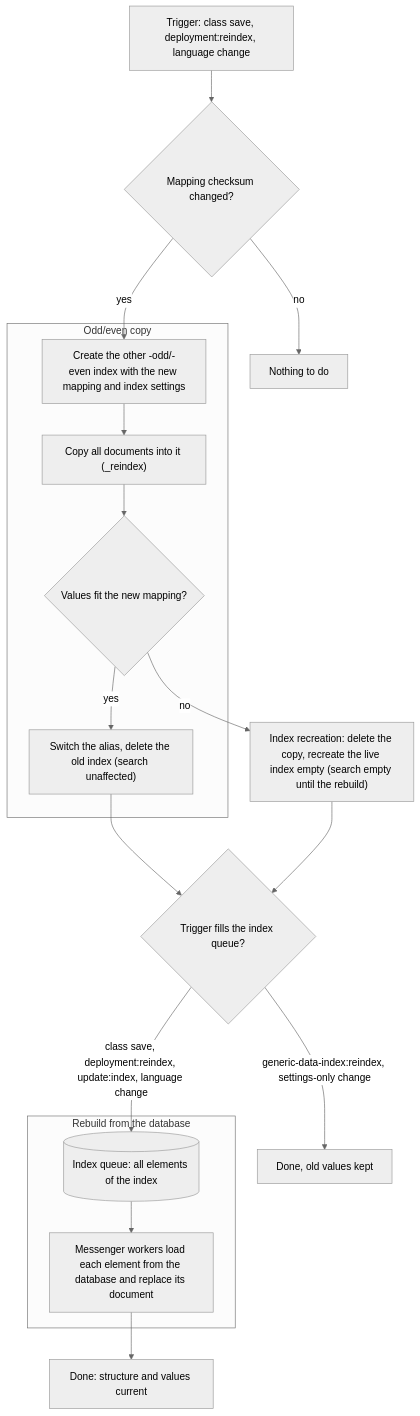
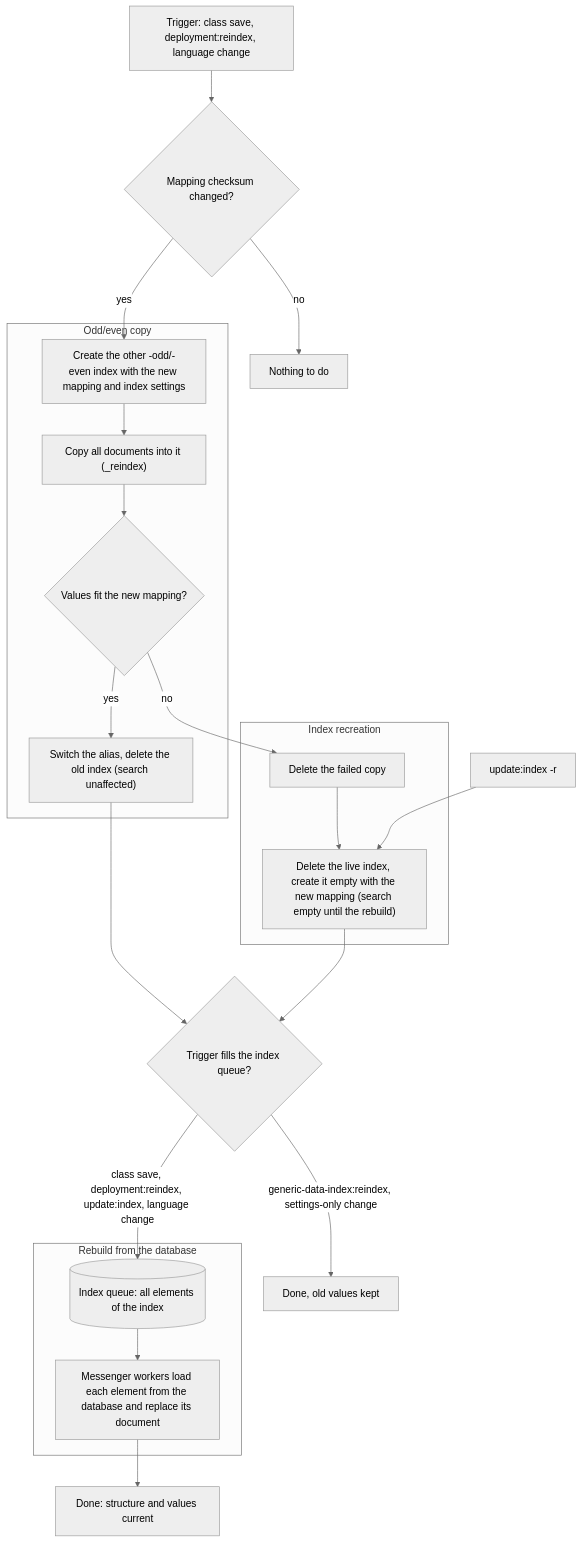
One commit to pimcore/generic-data-index-bundle changed the diagram in doc/03_Reindexing/README.md. Above: the diagram before and after it, drawn with Mermaid (neutral theme). The commit also changed other lines of this file, not shown here.

Commit message:
[Docs] Reindexing Guide: show index recreation steps and update:index -r in the flow chart

````diff
--- a/doc/03_Reindexing/README.md
+++ b/doc/03_Reindexing/README.md
@@ -83,33 +85,39 @@
 ```mermaid
 flowchart TB
     T["Trigger: class save, deployment:reindex, language change"]
     C{Mapping checksum changed?}
     D0[Nothing to do]
     subgraph COPY["Odd/even copy"]
         N["Create the other -odd/-even index with the new mapping and index settings"]
         R["Copy all documents into it (_reindex)"]
         F{Values fit the new mapping?}
         S["Switch the alias, delete the old index (search unaffected)"]
     end
-    E["Index recreation: delete the copy, recreate the live index empty (search empty until the rebuild)"]
+    subgraph RECREATE["Index recreation"]
+        E1["Delete the failed copy"]
+        E2["Delete the live index, create it empty with the new mapping (search empty until the rebuild)"]
+    end
+    X["update:index -r"]
     Q{Trigger fills the index queue?}
     D1["Done, old values kept"]
     subgraph REBUILD["Rebuild from the database"]
         QF[("Index queue: all elements of the index")]
         W["Messenger workers load each element from the database and replace its document"]
     end
     D2["Done: structure and values current"]
     T --> C
     C -->|no| D0
     C -->|yes| N
     N --> R
     R --> F
     F -->|yes| S
-    F -->|no| E
+    F -->|no| E1
+    E1 --> E2
+    X --> E2
     S --> Q
-    E --> Q
+    E2 --> Q
     Q -->|"generic-data-index:reindex, settings-only change"| D1
     Q -->|"class save, deployment:reindex, update:index, language change"| QF
     QF --> W
     W --> D2
 ```
````
